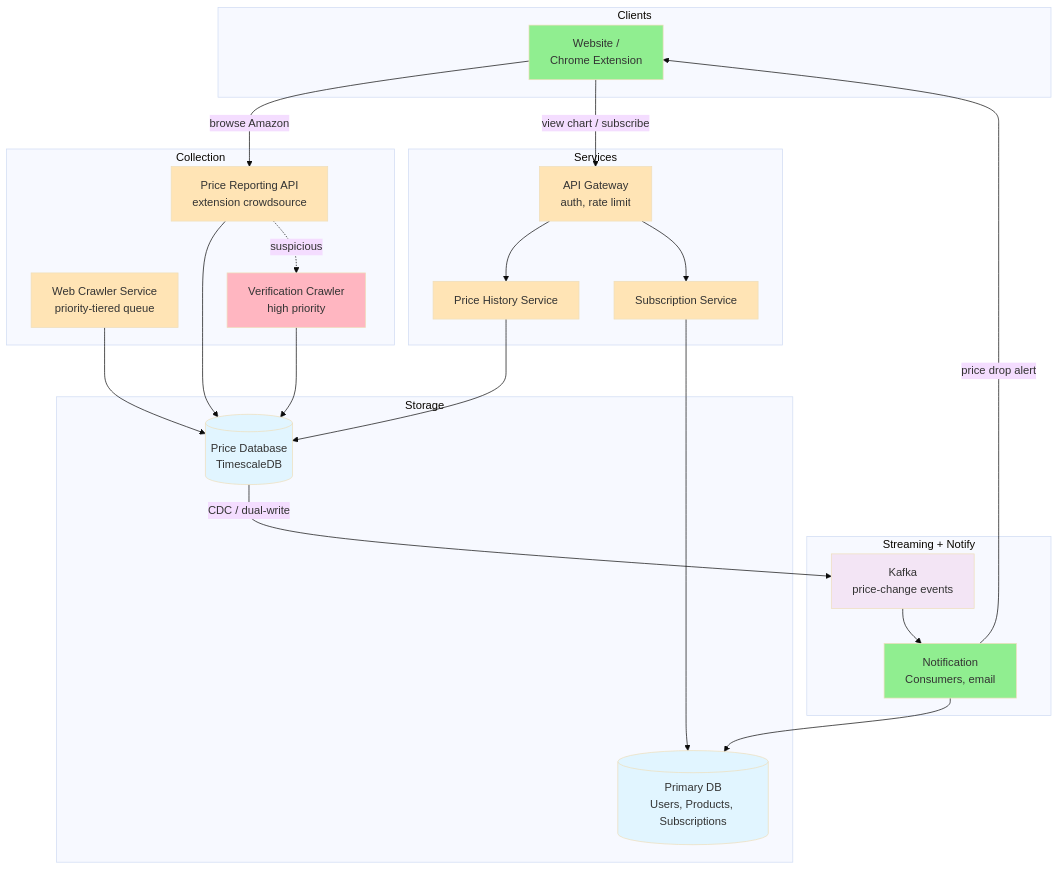
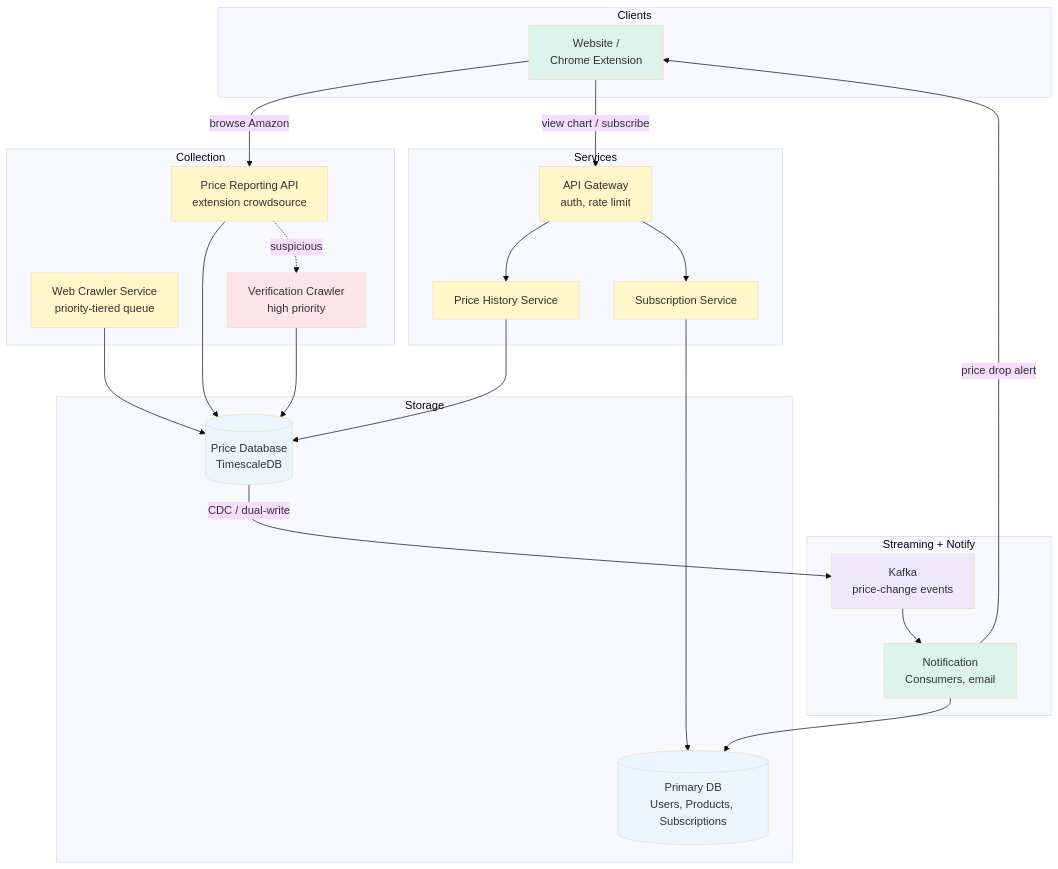
One commit to cartmancodes/InterviewVault changed the third of 3 diagrams in LLD/SystemDesign/ProblemBreakdowns/PriceTrackingService.md. Above: the diagram before and after it, drawn with Mermaid (base theme). The commit also changed other lines of this file and 679 other files, not shown here.

Commit message:
Unify content diagrams and add accessible visual walkthroughs

````diff
--- a/LLD/SystemDesign/ProblemBreakdowns/PriceTrackingService.md
+++ b/LLD/SystemDesign/ProblemBreakdowns/PriceTrackingService.md
@@ -391,55 +391,55 @@
 ```mermaid
 graph TB
     subgraph "Clients"
         C["Website /<br/>Chrome Extension"]
     end
 
     subgraph "Collection"
         RA["Price Reporting API<br/>extension crowdsource"]
         WC["Web Crawler Service<br/>priority-tiered queue"]
         VC["Verification Crawler<br/>high priority"]
     end
 
     subgraph "Services"
         GW["API Gateway<br/>auth, rate limit"]
         PH["Price History Service"]
         SUB["Subscription Service"]
     end
 
     subgraph "Streaming + Notify"
         K["Kafka<br/>price-change events"]
         NC["Notification<br/>Consumers, email"]
     end
 
     subgraph "Storage"
         PDB[("Price Database<br/>TimescaleDB")]
         MDB[("Primary DB<br/>Users, Products, Subscriptions")]
     end
 
     C -->|browse Amazon| RA
     C -->|view chart / subscribe| GW
     GW --> PH
     GW --> SUB
     RA --> PDB
     WC --> PDB
     VC --> PDB
     RA -.suspicious.-> VC
     PH --> PDB
     SUB --> MDB
     PDB -->|CDC / dual-write| K
     K --> NC
     NC --> MDB
     NC -->|price drop alert| C
 
-    style C fill:#90EE90
-    style RA fill:#FFE4B5
-    style WC fill:#FFE4B5
-    style VC fill:#FFB6C1
-    style GW fill:#FFE4B5
-    style PH fill:#FFE4B5
-    style SUB fill:#FFE4B5
-    style K fill:#f3e5f5
-    style NC fill:#90EE90
-    style PDB fill:#e1f5ff
-    style MDB fill:#e1f5ff
+    style C fill:#DDF3EC
+    style RA fill:#FFF6C9
+    style WC fill:#FFF6C9
+    style VC fill:#FCE5EA
+    style GW fill:#FFF6C9
+    style PH fill:#FFF6C9
+    style SUB fill:#FFF6C9
+    style K fill:#EDE8FA
+    style NC fill:#DDF3EC
+    style PDB fill:#EAF5FD
+    style MDB fill:#EAF5FD
 ```
````
